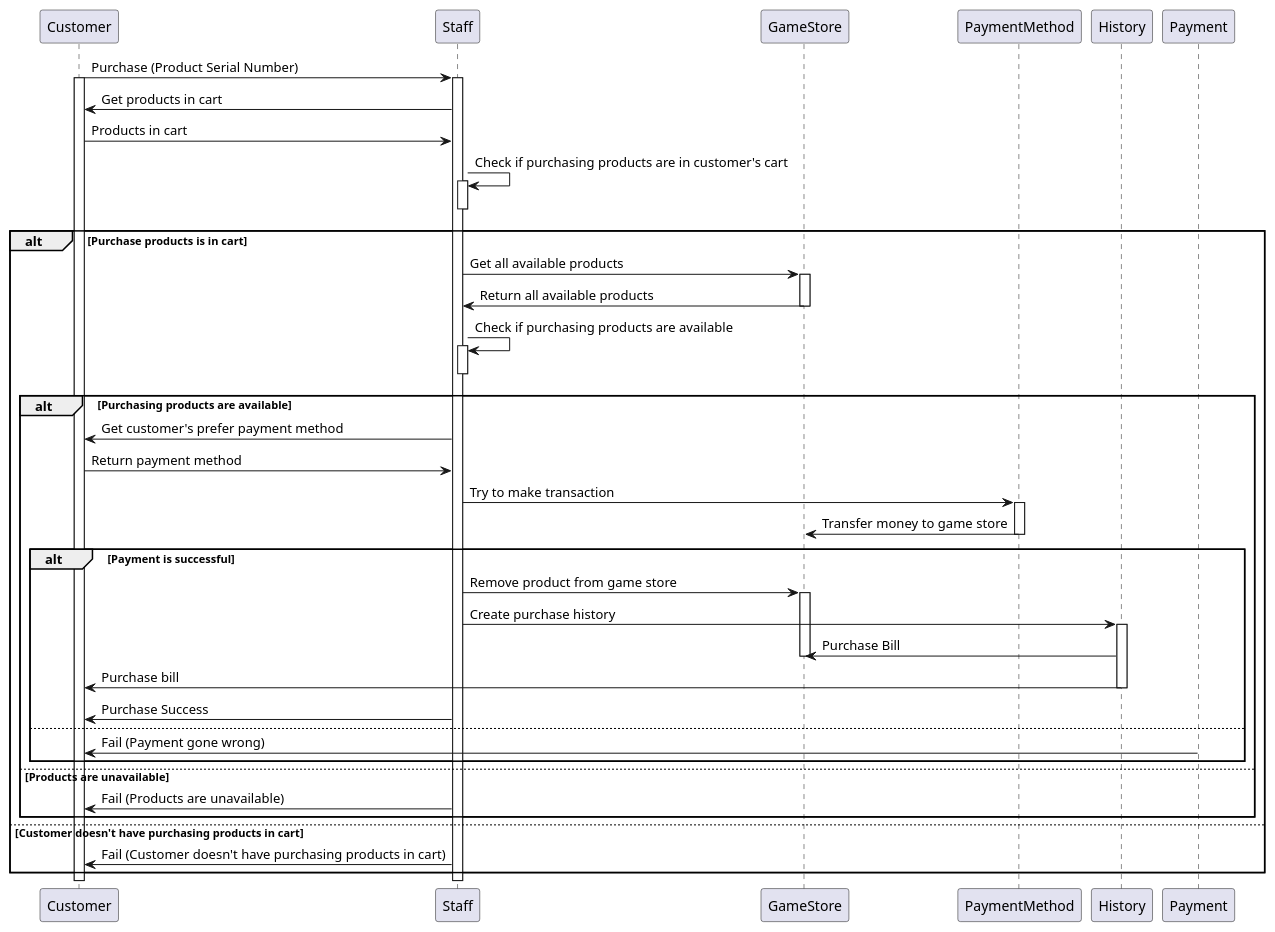
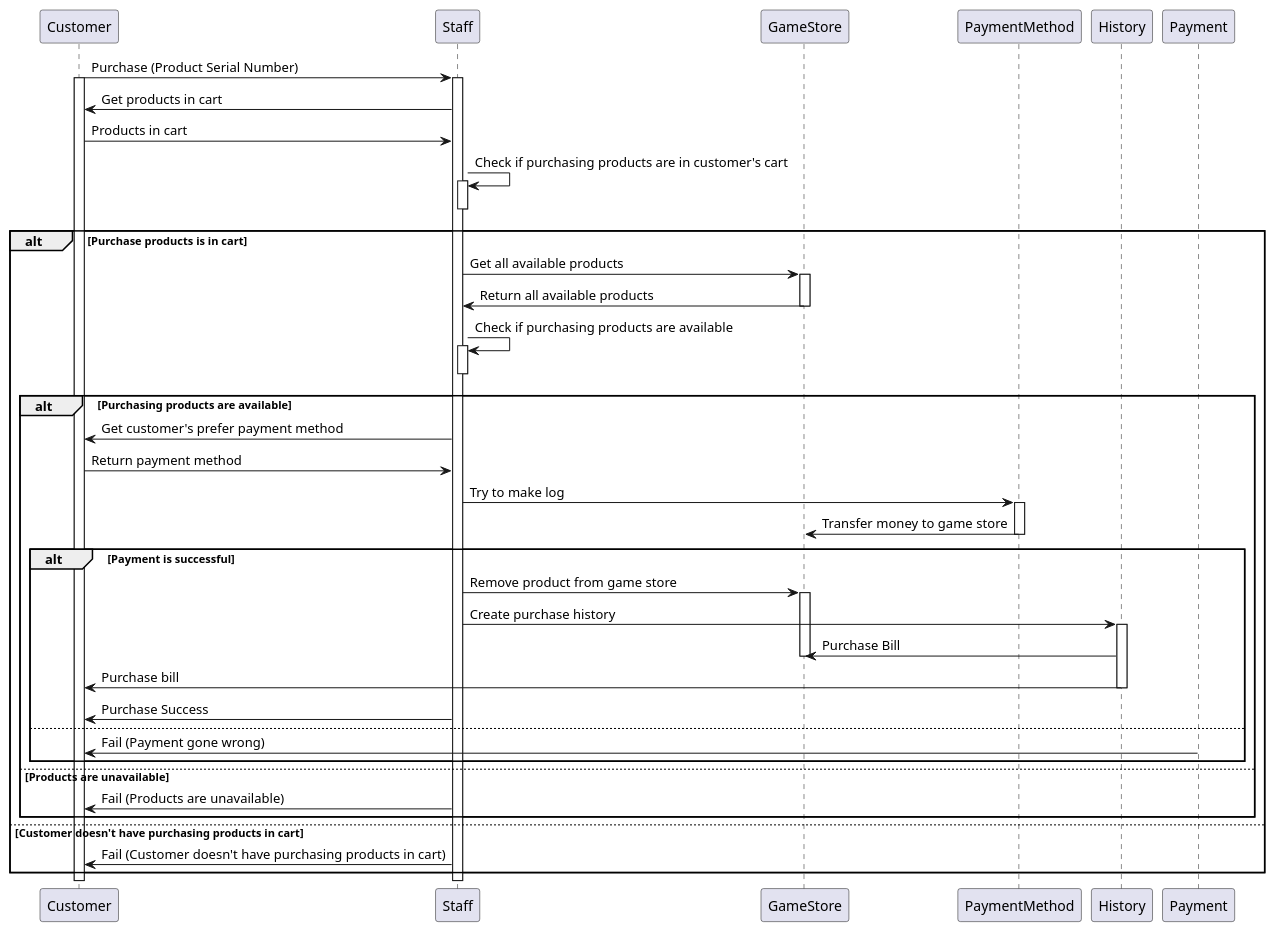
The diagram in SequenceDiagram/sequence_diagram_purchase.puml (WaroonRagwongsiri/OOP_Project), drawn with PlantUML before and after one commit. The commit also changed 8 other files, not shown here.

```diff
--- a/SequenceDiagram/sequence_diagram_purchase.puml
+++ b/SequenceDiagram/sequence_diagram_purchase.puml
@@ -1,56 +1,56 @@
 @startuml E
 
 Customer -> Staff : Purchase (Product Serial Number)
 activate Customer
 activate Staff
 
 Staff -> Customer : Get products in cart
 Customer -> Staff : Products in cart
 
 Staff -> Staff : Check if purchasing products are in customer's cart
 activate Staff
 deactivate Staff
 
 alt Purchase products is in cart
     Staff -> GameStore : Get all available products
     activate GameStore
     GameStore -> Staff : Return all available products
     deactivate GameStore
 
     Staff -> Staff : Check if purchasing products are available
     activate Staff
     deactivate Staff
 
     alt Purchasing products are available
         Staff -> Customer : Get customer's prefer payment method
         Customer -> Staff : Return payment method
 
-        Staff -> PaymentMethod : Try to make transaction
+        Staff -> PaymentMethod : Try to make log
         activate PaymentMethod
         PaymentMethod -> GameStore : Transfer money to game store
         deactivate PaymentMethod
 
         alt Payment is successful
             Staff -> GameStore : Remove product from game store
             activate GameStore
 
             Staff -> History : Create purchase history
             activate History
             History -> GameStore : Purchase Bill
             deactivate GameStore
             History -> Customer : Purchase bill
             deactivate History
 
             Staff -> Customer : Purchase Success
         else
             Payment -> Customer : Fail (Payment gone wrong)
         end
     else Products are unavailable
         Staff -> Customer : Fail (Products are unavailable)
     end
 
 else Customer doesn't have purchasing products in cart
     Staff -> Customer: Fail (Customer doesn't have purchasing products in cart)
 end
 
 @enduml
```
